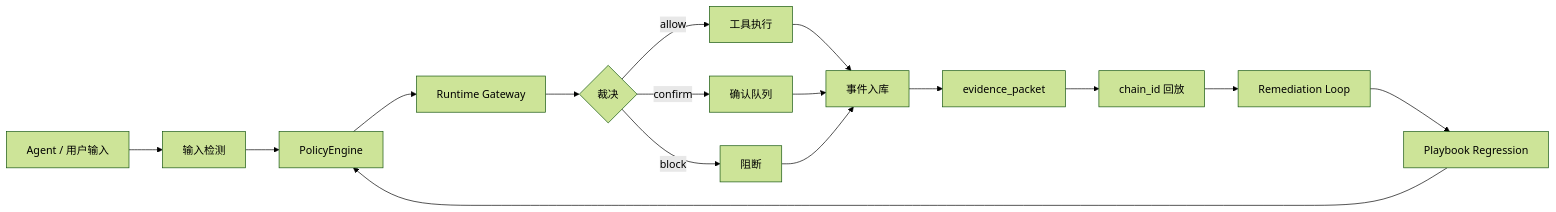
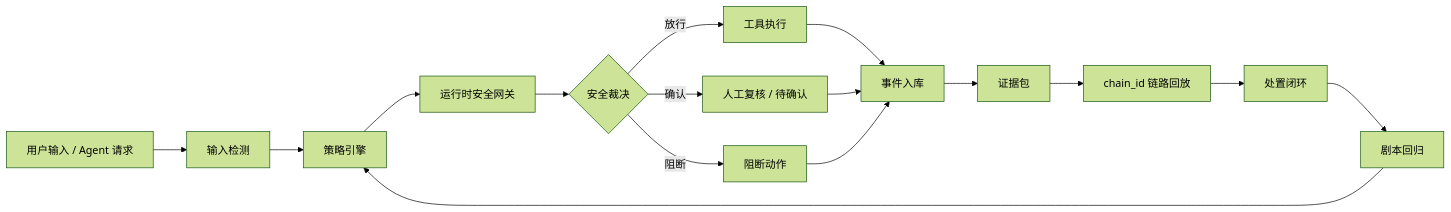
The diagram in README.md (Mengnan-Duan/IShield-Agent-), drawn with Mermaid (forest theme) before and after one commit. The commit also changed other lines of this file and 11 other files, not shown here.

````diff
--- a/README.md
+++ b/README.md
@@ -197,18 +93,18 @@
 ```mermaid
 flowchart LR
-  A["Agent / 用户输入"] --> B["输入检测"]
-  B --> C["PolicyEngine"]
-  C --> D["Runtime Gateway"]
-  D --> E{"裁决"}
-  E -->|"allow"| F["工具执行"]
-  E -->|"confirm"| G["确认队列"]
-  E -->|"block"| H["阻断"]
+  A["用户输入 / Agent 请求"] --> B["输入检测"]
+  B --> C["策略引擎"]
+  C --> D["运行时安全网关"]
+  D --> E{"安全裁决"}
+  E -->|"放行"| F["工具执行"]
+  E -->|"确认"| G["人工复核 / 待确认"]
+  E -->|"阻断"| H["阻断动作"]
   F --> I["事件入库"]
   G --> I
   H --> I
-  I --> J["evidence_packet"]
-  J --> K["chain_id 回放"]
-  K --> L["Remediation Loop"]
-  L --> M["Playbook Regression"]
+  I --> J["证据包"]
+  J --> K["chain_id 链路回放"]
+  K --> L["处置闭环"]
+  L --> M["剧本回归"]
   M --> C
 ```
````
